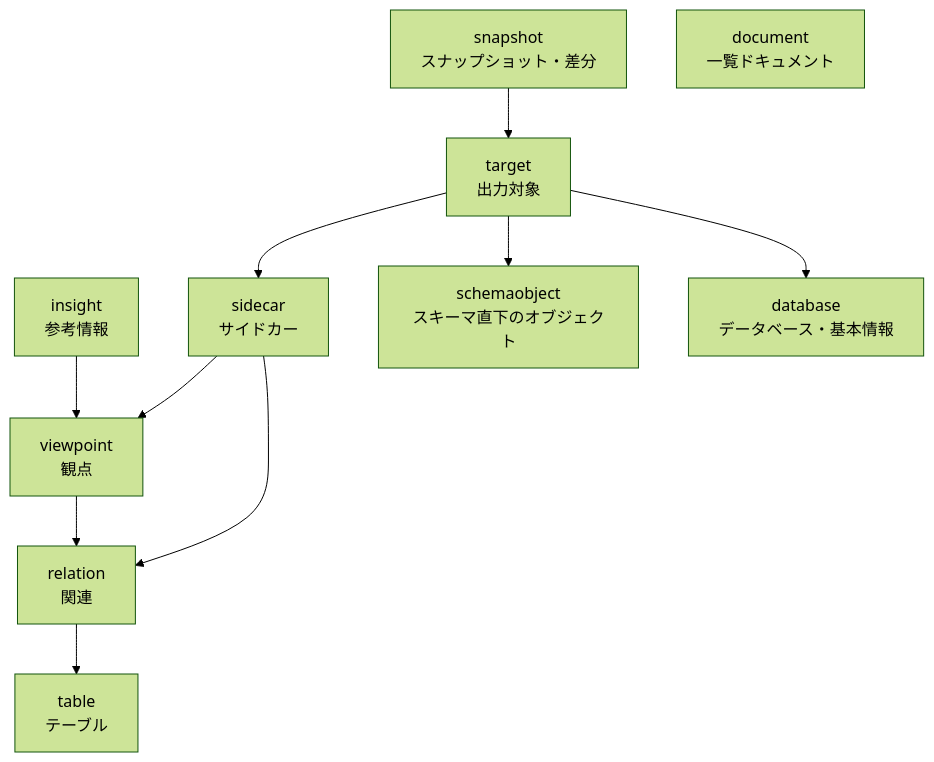
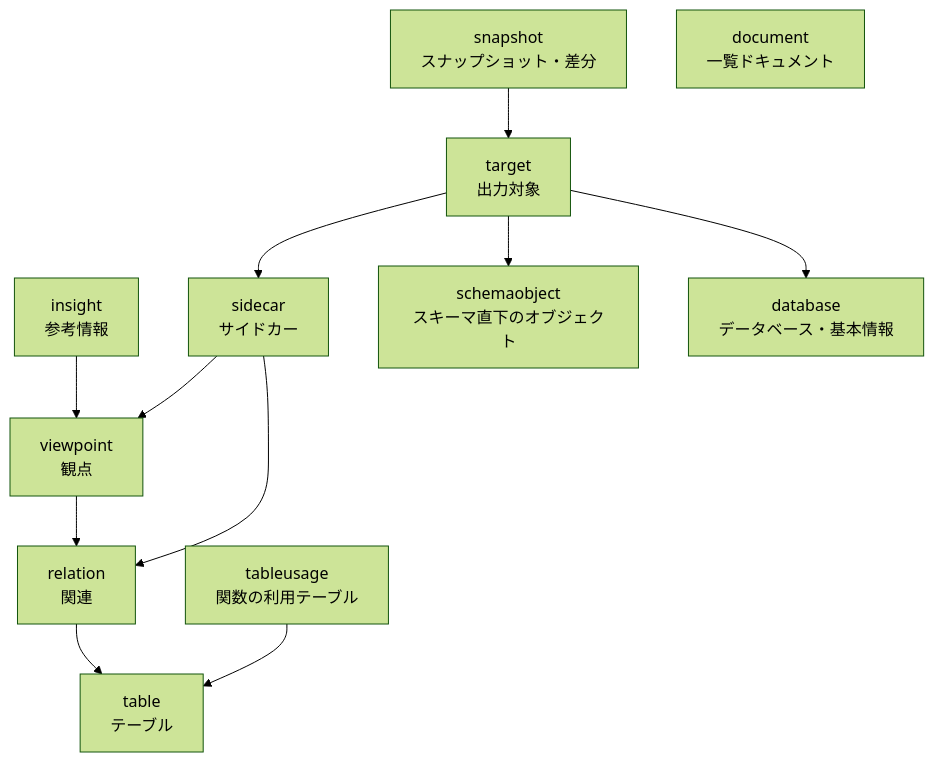
Before and after one commit to ebichan88/exportTableDefinition: the first of 5 diagrams in docs/architecture/domain-model.md, drawn with Mermaid (forest theme). The commit also changed other lines of this file and 29 other files, not shown here.

````diff
--- a/docs/architecture/domain-model.md
+++ b/docs/architecture/domain-model.md
@@ -25,23 +25,25 @@
 ```mermaid
 flowchart TB
   snapshot["snapshot<br/>スナップショット・差分"]
   insight["insight<br/>参考情報"]
   target["target<br/>出力対象"]
   sidecar["sidecar<br/>サイドカー"]
   viewpoint["viewpoint<br/>観点"]
   relation["relation<br/>関連"]
   table["table<br/>テーブル"]
   schemaobject["schemaobject<br/>スキーマ直下のオブジェクト"]
   database["database<br/>データベース・基本情報"]
   document["document<br/>一覧ドキュメント"]
+  tableusage["tableusage<br/>関数の利用テーブル"]
 
   snapshot --> target
   insight --> viewpoint
   target --> sidecar
   target --> schemaobject
   target --> database
   sidecar --> viewpoint
   sidecar --> relation
   viewpoint --> relation
   relation --> table
+  tableusage --> table
 ```
````
